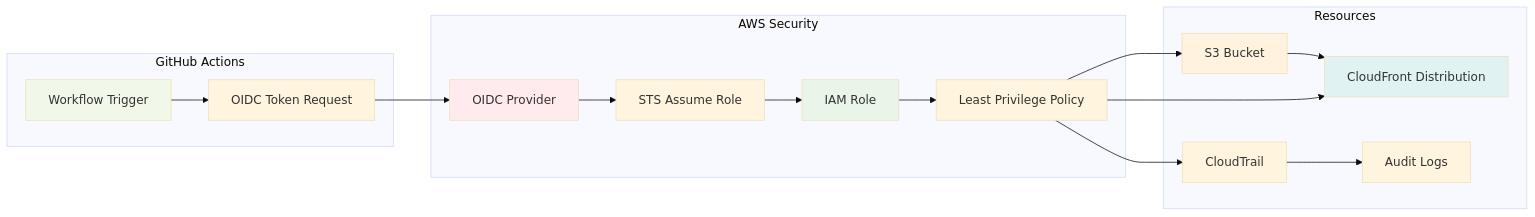
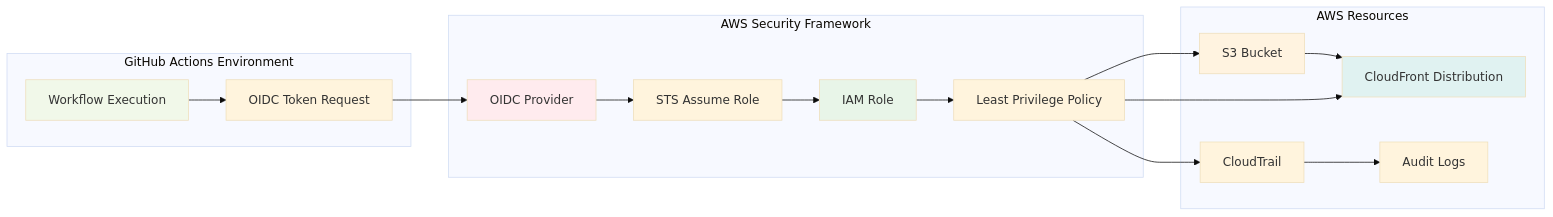
Before and after one commit to RyanPatty/DevOps: the fourth of 6 diagrams in README.md, drawn with Mermaid (base theme). The commit also changed other lines of this file, not shown here.

````diff
--- a/README.md
+++ b/README.md
@@ -240,28 +240,28 @@
 ```mermaid
 graph LR
-    subgraph "GitHub Actions"
-        A[Workflow Trigger] --> B[OIDC Token Request]
+    subgraph "GitHub Actions Environment"
+        A[Workflow Execution] --> B[OIDC Token Request]
     end
     
-    subgraph "AWS Security"
+    subgraph "AWS Security Framework"
         C[OIDC Provider] --> D[STS Assume Role]
         D --> E[IAM Role]
         E --> F[Least Privilege Policy]
     end
     
-    subgraph "Resources"
+    subgraph "AWS Resources"
         G[S3 Bucket] --> H[CloudFront Distribution]
         I[CloudTrail] --> J[Audit Logs]
     end
     
     B --> C
     F --> G
     F --> H
     F --> I
     
     style A fill:#f1f8e9
     style C fill:#ffebee
     style E fill:#e8f5e8
     style G fill:#fff3e0
     style H fill:#e0f2f1
 ```
````
